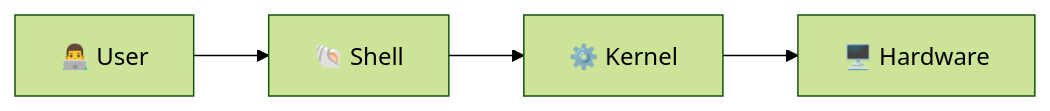
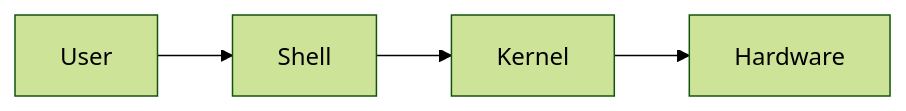
One commit to Yuvii2102/My-Devops-Cloud-Journey changed diagram 13 of 31 in DevOps-Labs-and-Projects/ Day-01 to Day-06/README.md. Above: the diagram before and after it, drawn with Mermaid (forest theme). The commit also changed other lines of this file, not shown here.

````diff
--- a/DevOps-Labs-and-Projects/ Day-01 to Day-06/README.md
+++ b/DevOps-Labs-and-Projects/ Day-01 to Day-06/README.md
@@ -457,11 +340,6 @@
 ```mermaid
 flowchart LR
-    USER["👨‍💻 User"]
-    SHELL["🐚 Shell"]
-    KERNEL["⚙️ Kernel"]
-    HARDWARE["🖥️ Hardware"]
-
-    USER --> SHELL
-    SHELL --> KERNEL
-    KERNEL --> HARDWARE
+    U["User"] --> S["Shell"]
+    S --> K["Kernel"]
+    K --> H["Hardware"]
 ```
````
